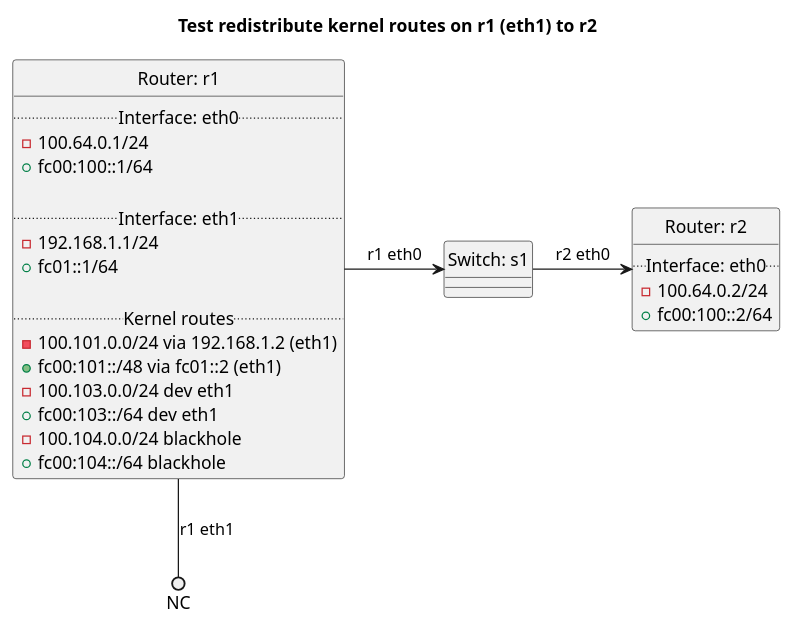
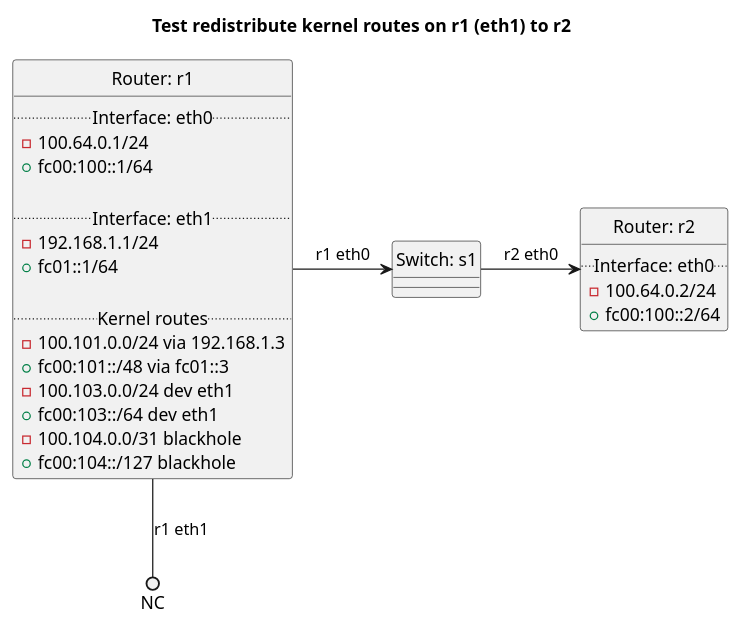
The diagram in tests/t40_bgp/t34_redistribute_kernel/README.md (oscdev-io/birdplan), drawn with PlantUML before and after one commit. The commit also changed other lines of this file and 325 other files, not shown here.

````diff
--- a/tests/t40_bgp/t34_redistribute_kernel/README.md
+++ b/tests/t40_bgp/t34_redistribute_kernel/README.md
@@ -28,41 +36,41 @@
 ```plantuml
 @startuml
 hide circle
 title Test redistribute kernel routes on r1 (eth1) to r2
 
 
 class "Router: r1" {
   .. Interface: eth0 ..
 - 100.64.0.1/24
 + fc00:100::1/64
 
   .. Interface: eth1 ..
 - 192.168.1.1/24
 + fc01::1/64
 
   .. Kernel routes ..
-- 100.101.0.0/24 via 192.168.1.2 (eth1)
-+ fc00:101::/48 via fc01::2 (eth1)
+- 100.101.0.0/24 via 192.168.1.3
++ fc00:101::/48 via fc01::3
 - 100.103.0.0/24 dev eth1
 + fc00:103::/64 dev eth1
-- 100.104.0.0/24 blackhole
-+ fc00:104::/64 blackhole
+- 100.104.0.0/31 blackhole
++ fc00:104::/127 blackhole
 }
 
 
 class "Router: r2" {
   .. Interface: eth0 ..
 - 100.64.0.2/24
 + fc00:100::2/64
 }
 
 
 class "Switch: s1" {}
 
 
 "Router: r1" -> "Switch: s1": r1 eth0
 "Switch: s1" -> "Router: r2": r2 eth0
 "Router: r1" --() NC: r1 eth1
 
 @enduml
 ```
````
